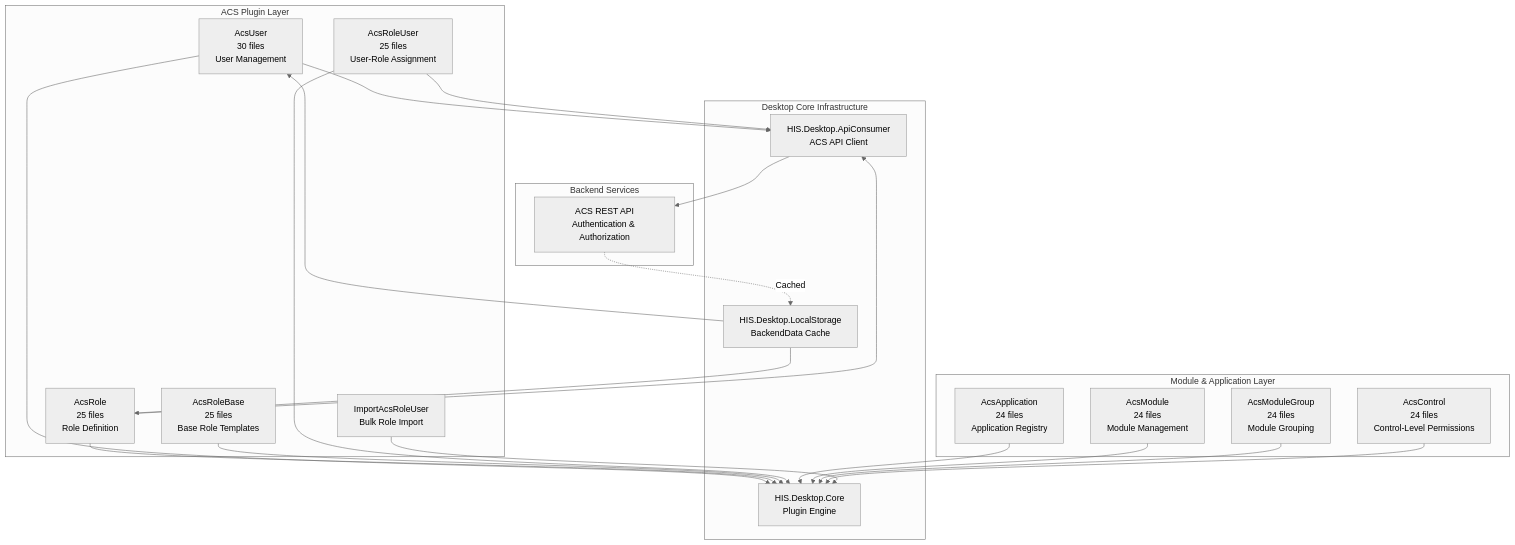
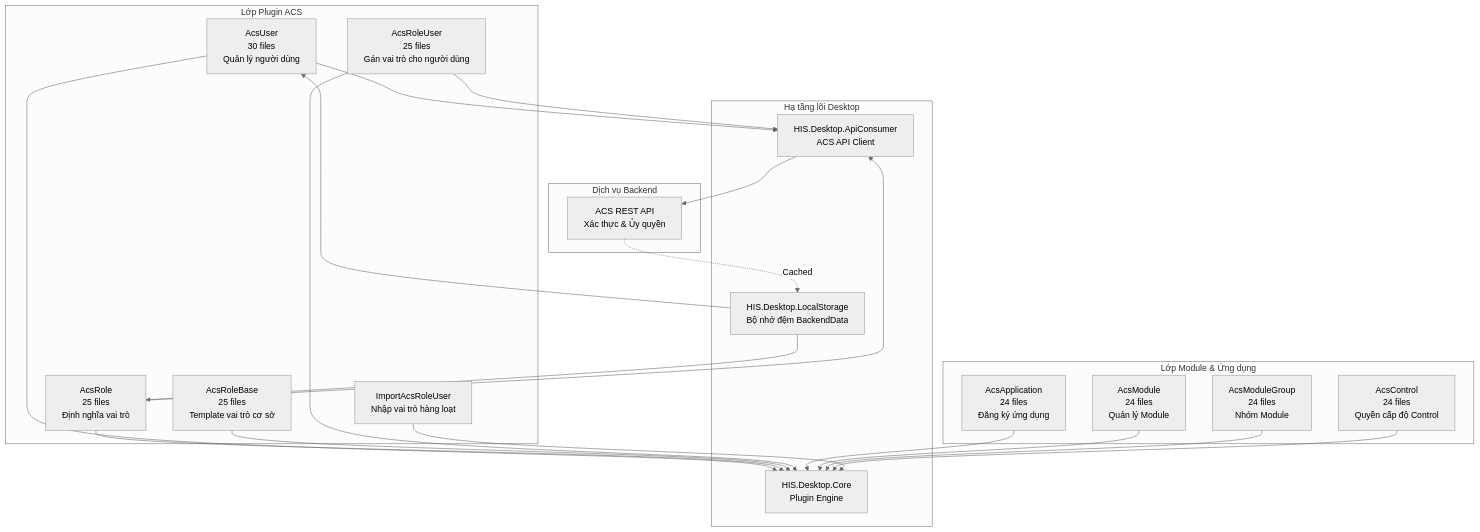
Before and after one commit to thangpnb/HIS: the first of 16 diagrams in docs/his-ba-documentation/03-business-domains/administration/access-control.md, drawn with Mermaid (neutral theme). The commit also changed other lines of this file and 30 other files, not shown here.

Commit message:
Refactor architecture docs and update translations

````diff
--- a/docs/his-ba-documentation/03-business-domains/administration/access-control.md
+++ b/docs/his-ba-documentation/03-business-domains/administration/access-control.md
@@ -13,47 +13,47 @@
 ```mermaid
 graph TB
-    subgraph "ACS Plugin Layer"
-        AcsUser["AcsUser<br/>30 files<br/>User Management"]
-        AcsRole["AcsRole<br/>25 files<br/>Role Definition"]
-        AcsRoleBase["AcsRoleBase<br/>25 files<br/>Base Role Templates"]
-        AcsRoleUser["AcsRoleUser<br/>25 files<br/>User-Role Assignment"]
-        ImportAcsRoleUser["ImportAcsRoleUser<br/>Bulk Role Import"]
+    subgraph "Lớp Plugin ACS"
+        AcsUser["AcsUser<br/>30 files<br/>Quản lý người dùng"]
+        AcsRole["AcsRole<br/>25 files<br/>Định nghĩa vai trò"]
+        AcsRoleBase["AcsRoleBase<br/>25 files<br/>Template vai trò cơ sở"]
+        AcsRoleUser["AcsRoleUser<br/>25 files<br/>Gán vai trò cho người dùng"]
+        ImportAcsRoleUser["ImportAcsRoleUser<br/>Nhập vai trò hàng loạt"]
     end
     
-    subgraph "Module & Application Layer"
-        AcsApplication["AcsApplication<br/>24 files<br/>Application Registry"]
-        AcsModule["AcsModule<br/>24 files<br/>Module Management"]
-        AcsModuleGroup["AcsModuleGroup<br/>24 files<br/>Module Grouping"]
-        AcsControl["AcsControl<br/>24 files<br/>Control-Level Permissions"]
+    subgraph "Lớp Module & Ứng dụng"
+        AcsApplication["AcsApplication<br/>24 files<br/>Đăng ký ứng dụng"]
+        AcsModule["AcsModule<br/>24 files<br/>Quản lý Module"]
+        AcsModuleGroup["AcsModuleGroup<br/>24 files<br/>Nhóm Module"]
+        AcsControl["AcsControl<br/>24 files<br/>Quyền cấp độ Control"]
     end
     
-    subgraph "Desktop Core Infrastructure"
+    subgraph "Hạ tầng lõi Desktop"
         PluginCore["HIS.Desktop.Core<br/>Plugin Engine"]
-        LocalStorage["HIS.Desktop.LocalStorage<br/>BackendData Cache"]
+        LocalStorage["HIS.Desktop.LocalStorage<br/>Bộ nhớ đệm BackendData"]
         ApiConsumer["HIS.Desktop.ApiConsumer<br/>ACS API Client"]
     end
     
-    subgraph "Backend Services"
-        ACSAPI["ACS REST API<br/>Authentication & Authorization"]
+    subgraph "Dịch vụ Backend"
+        ACSAPI["ACS REST API<br/>Xác thực & Ủy quyền"]
     end
     
     AcsUser --> PluginCore
     AcsRole --> PluginCore
     AcsRoleBase --> PluginCore
     AcsRoleUser --> PluginCore
     AcsApplication --> PluginCore
     AcsModule --> PluginCore
     AcsModuleGroup --> PluginCore
     AcsControl --> PluginCore
     ImportAcsRoleUser --> PluginCore
     
     AcsUser --> ApiConsumer
     AcsRole --> ApiConsumer
     AcsRoleUser --> ApiConsumer
     
     ApiConsumer --> ACSAPI
     ACSAPI -.->|Cached| LocalStorage
     
     LocalStorage --> AcsUser
     LocalStorage --> AcsRole
 ```
````
